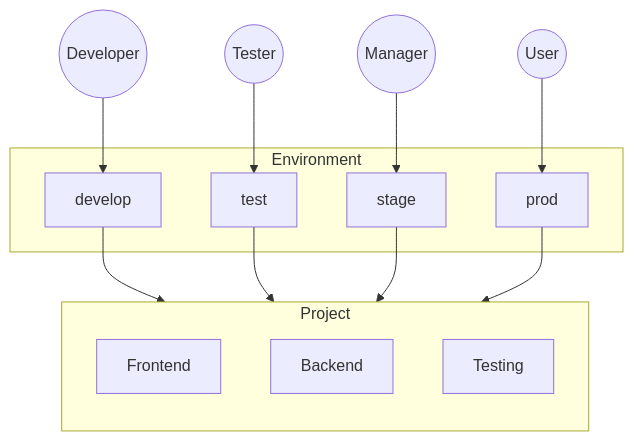
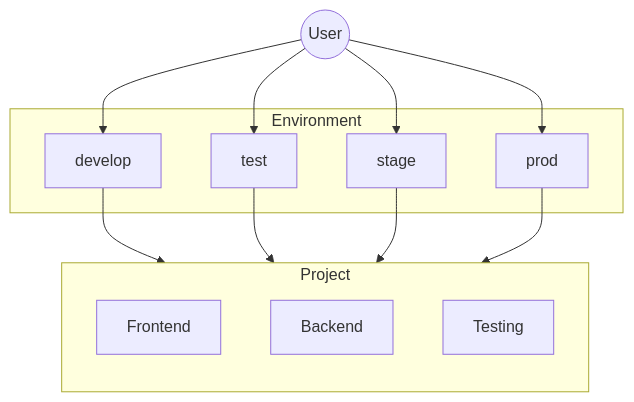
Before and after one commit to OfficialApurvChatur/POC01-old: the fourth of 4 diagrams in Readme.md, drawn with Mermaid. The commit also changed 7 other files, not shown here.

````diff
--- a/Readme.md
+++ b/Readme.md
@@ -72,28 +72,25 @@
 ```mermaid
   flowchart TB
-    Developer(("Developer"))
-    Tester(("Tester"))
-    Manager(("Manager"))
     User(("User"))
     subgraph Environment["Environment"]
       develop["develop"]
       test["test"]
       stage["stage"]
       prod["prod"]
     end
     subgraph Project["Project"]
       direction TB
       Frontend["Frontend"]
       Backend["Backend"]
       Testing["Testing"]
     end
 
-    Developer --> develop
-    Tester --> test
-    Manager --> stage
+    User --> develop
+    User --> test
+    User --> stage
     User --> prod
     develop --> Project
     test --> Project
     stage --> Project
     prod --> Project
 ```
````
